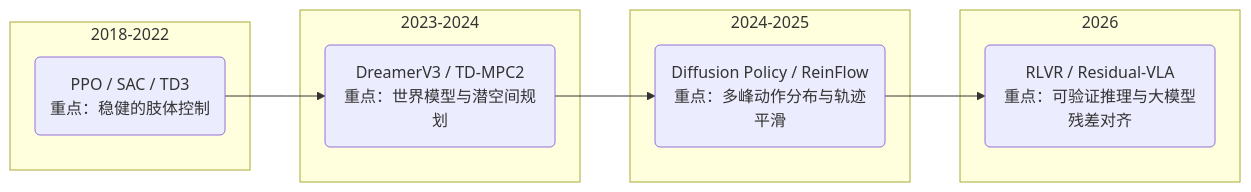
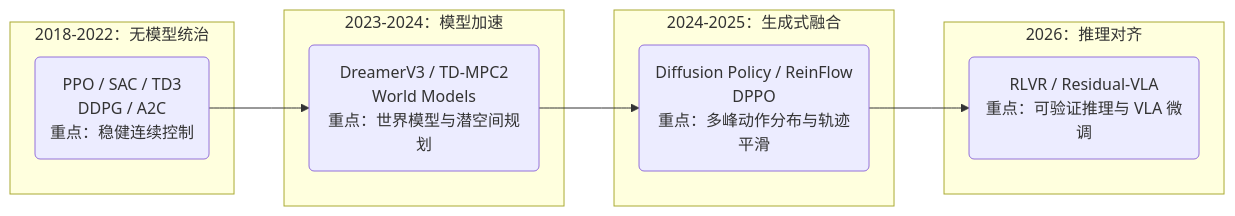
One commit to TingdeLiu/tingdeliu.github.io changed the second of 12 diagrams in _posts/2026-04-25-Reinforcement-Learning-Embodied-Survey.md. Above: the diagram before and after it, drawn with Mermaid. The commit also changed other lines of this file, not shown here.

````diff
--- a/_posts/2026-04-25-Reinforcement-Learning-Embodied-Survey.md
+++ b/_posts/2026-04-25-Reinforcement-Learning-Embodied-Survey.md
@@ -27,22 +115,22 @@
 ```mermaid
 graph LR
     A[基础控制期] --> B[效率飞跃期]
     B --> C[生成式变革期]
     C --> D[逻辑推理期]
 
-    subgraph "2018-2022"
-    A(PPO / SAC / TD3<br/>重点：稳健的肢体控制)
+    subgraph "2018-2022：无模型统治"
+    A("PPO / SAC / TD3<br/>DDPG / A2C<br/>重点：稳健连续控制")
     end
 
-    subgraph "2023-2024"
-    B(DreamerV3 / TD-MPC2<br/>重点：世界模型与潜空间规划)
+    subgraph "2023-2024：模型加速"
+    B("DreamerV3 / TD-MPC2<br/>World Models<br/>重点：世界模型与潜空间规划")
     end
 
-    subgraph "2024-2025"
-    C(Diffusion Policy / ReinFlow<br/>重点：多峰动作分布与轨迹平滑)
+    subgraph "2024-2025：生成式融合"
+    C("Diffusion Policy / ReinFlow<br/>DPPO<br/>重点：多峰动作分布与轨迹平滑")
     end
 
-    subgraph "2026"
-    D(RLVR / Residual-VLA<br/>重点：可验证推理与大模型残差对齐)
+    subgraph "2026：推理对齐"
+    D("RLVR / Residual-VLA<br/>重点：可验证推理与 VLA 微调")
     end
 ```
````
